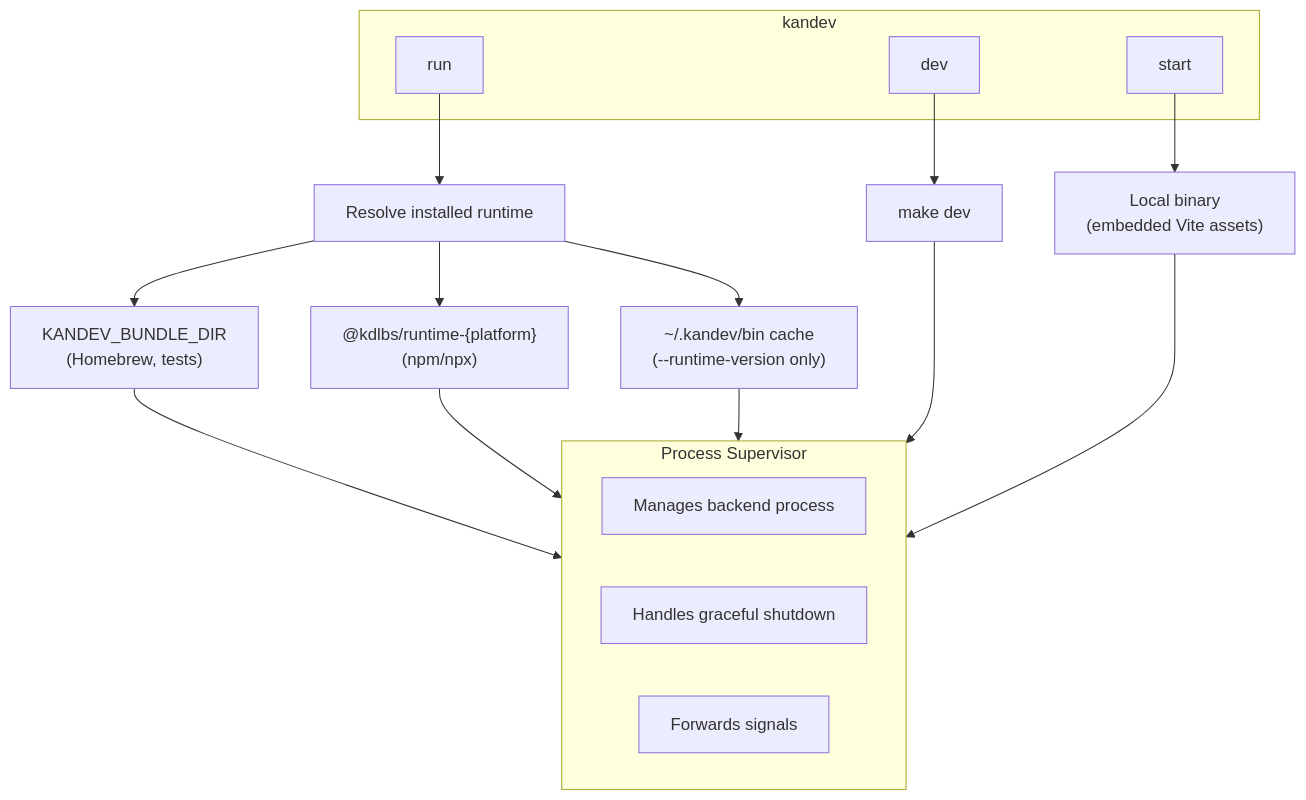
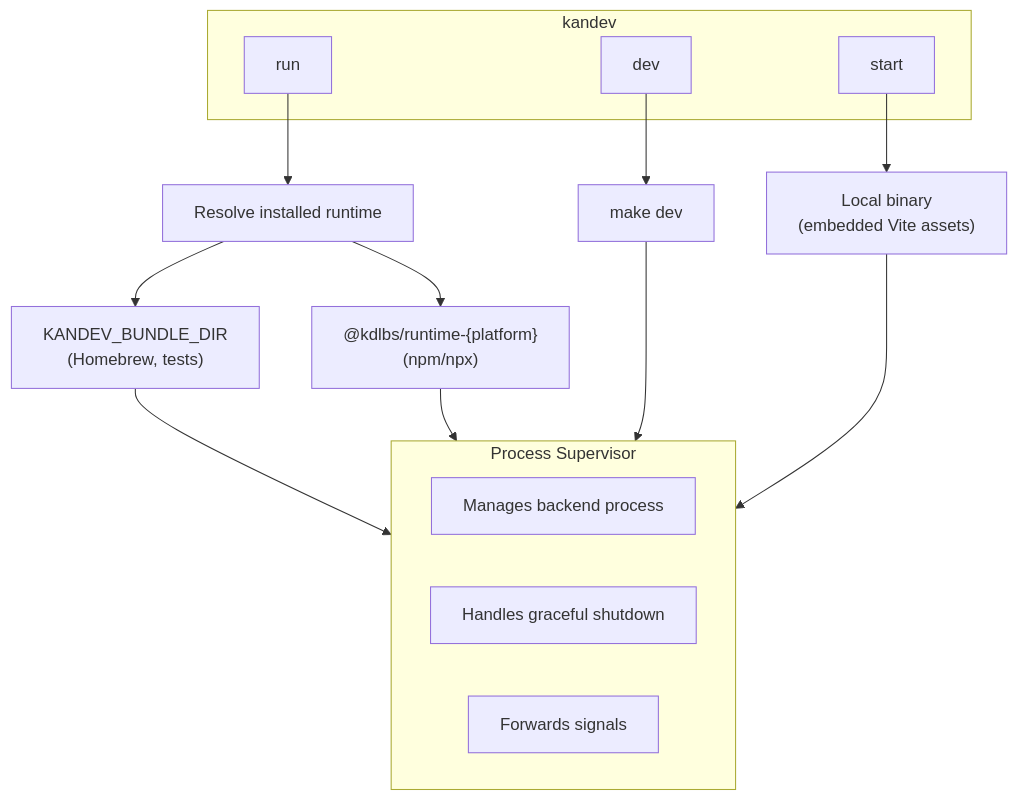
Before and after one commit to kdlbs/kandev: the diagram in docs/cli.md, drawn with Mermaid. The commit also changed other lines of this file and 96 other files, not shown here.

````diff
--- a/docs/cli.md
+++ b/docs/cli.md
@@ -5,29 +5,27 @@
 ```mermaid
 flowchart TB
     subgraph CLI["kandev"]
         run["run"]
         dev["dev"]
         start["start"]
     end
 
     run --> resolve["Resolve installed runtime"]
     dev --> makedev["make dev"]
     start --> binary["Local binary<br/>(embedded Vite assets)"]
 
     resolve --> envvar["KANDEV_BUNDLE_DIR<br/>(Homebrew, tests)"]
     resolve --> npmpkg["@kdlbs/runtime-{platform}<br/>(npm/npx)"]
-    resolve --> cache["~/.kandev/bin cache<br/>(--runtime-version only)"]
 
     envvar --> supervisor
     npmpkg --> supervisor
-    cache --> supervisor
     makedev --> supervisor
     binary --> supervisor
 
     subgraph supervisor["Process Supervisor"]
         direction LR
         s1["Manages backend process"]
         s2["Handles graceful shutdown"]
         s3["Forwards signals"]
     end
 ```
````
